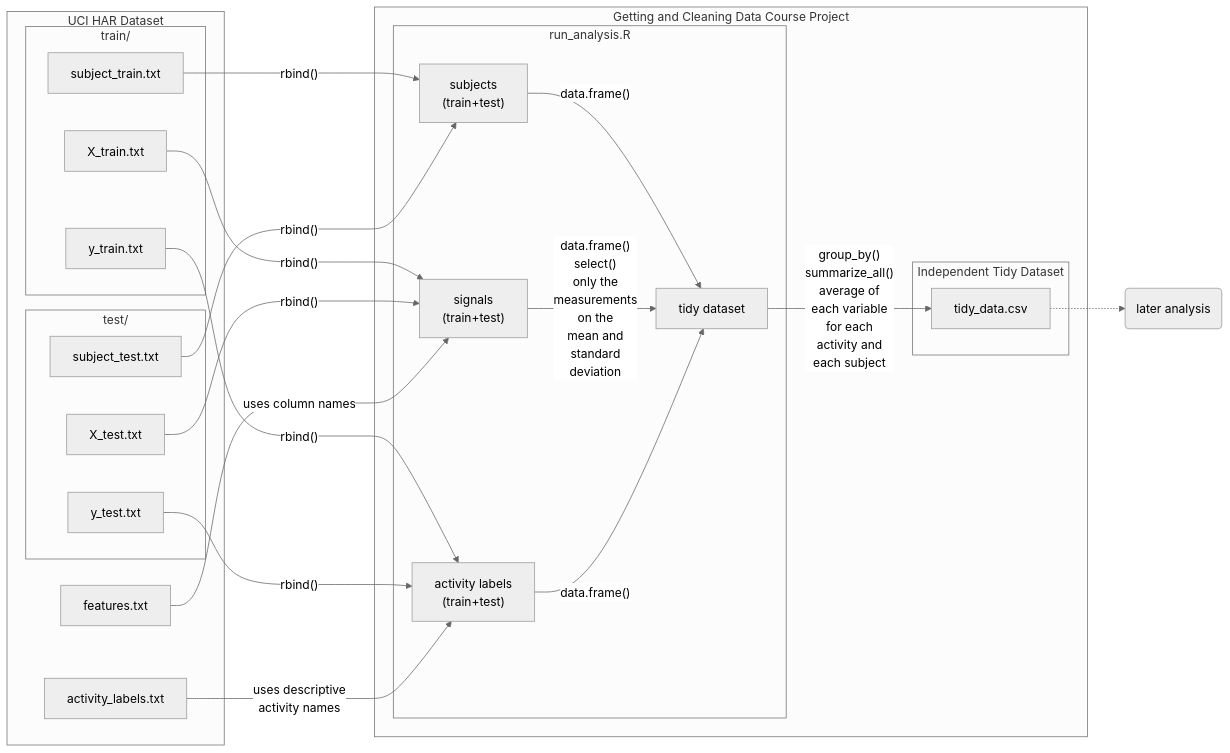
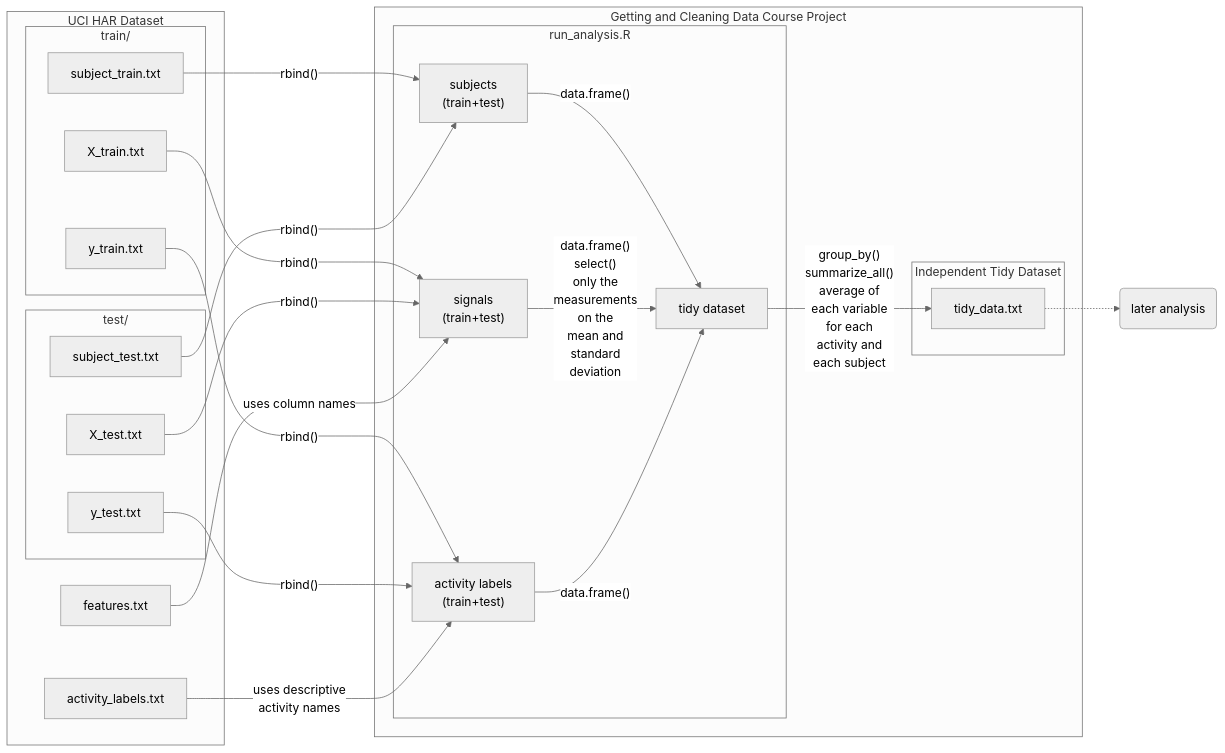
Before and after one commit to dr-orange/Getting-and-Cleaning-Data-Course-Project: the diagram in res/connect.mmd, drawn with Mermaid (neutral theme). The commit also changed 1 other file, not shown here.

Commit message:
tidy_data.csv -> .txt

```diff
--- a/res/connect.mmd
+++ b/res/connect.mmd
@@ -1,45 +1,45 @@
 %% mermaid markdown
 graph LR
     subgraph UCI HAR Dataset
         subgraph train/
             id1[subject_train.txt]
             id2[X_train.txt]
             id3[y_train.txt]
         end
         subgraph test/
             id4[subject_test.txt]
             id5[X_test.txt]
             id6[y_test.txt]
         end
         id9[features.txt]
         id10[activity_labels.txt]
     end
 
     subgraph Getting and Cleaning Data Course Project
         subgraph run_analysis.R
             id7["subjects<br>(train+test)"]
             id11["signals<br>(train+test)"]
             id12["activity labels<br>(train+test)"]
             id13["tidy dataset"]
             
             id1-- "rbind()" -->id7
             id4-- "rbind()" -->id7
             id2-- "rbind()" -->id11
             id5-- "rbind()" -->id11
             id3-- "rbind()" -->id12
             id6-- "rbind()" -->id12
             id7-- "data.frame()" -->id13
             id11-- "data.frame()<br>select()<br>only the<br>measurements<br>on the<br>mean and<br>standard<br>deviation" -->id13
             id12-- "data.frame()" -->id13
             id9-- "uses column names" -->id11
             id10-- "uses descriptive<br>activity names" -->id12
         end
 
         subgraph Independent Tidy Dataset
-            id8[tidy_data.csv]
+            id8[tidy_data.txt]
 
             id13-- "group_by()<br>summarize_all()<br>average of<br>each variable<br>for each<br>activity and<br>each subject" -->id8
         end
     end
 
     id8-.->id14(later analysis)
```
